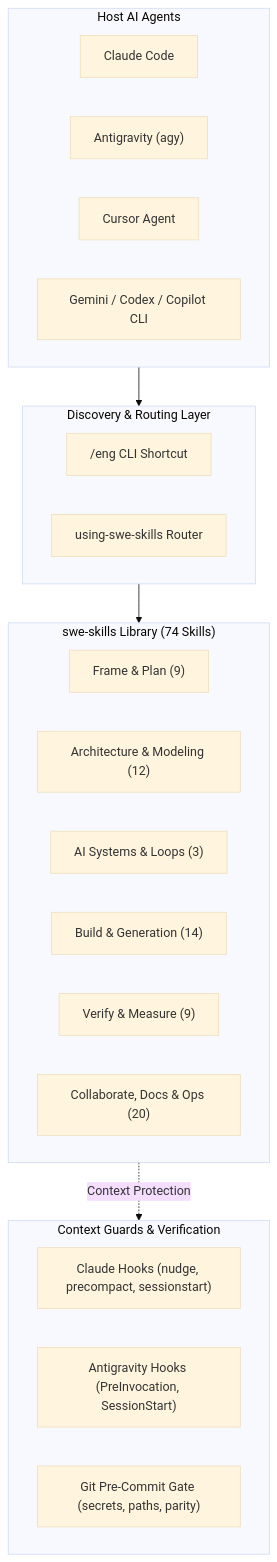
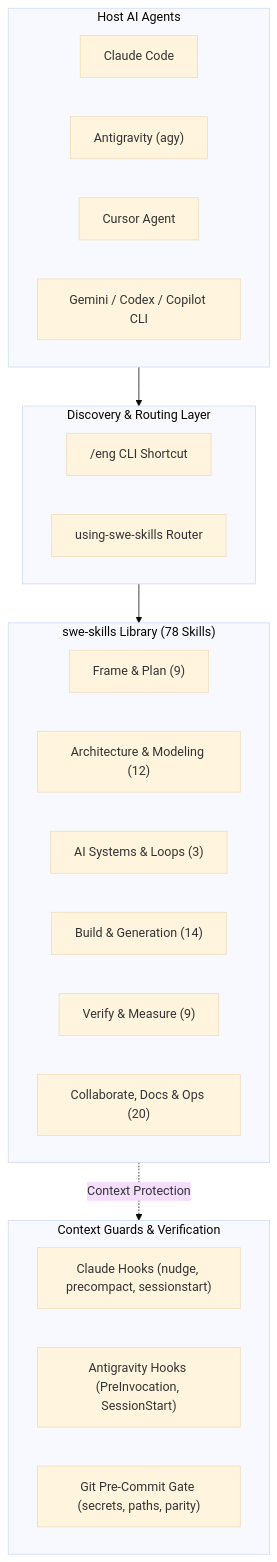
The diagram in docs/usermanual/README.md (bsommers/swe-skills-2), drawn with Mermaid (base theme) before and after one commit. The commit also changed 22 other files, not shown here.

````diff
--- a/docs/usermanual/README.md
+++ b/docs/usermanual/README.md
@@ -36,33 +36,33 @@
 ```mermaid
 flowchart TD
     subgraph AgentHosts["Host AI Agents"]
         Claude["Claude Code"]
         Agy["Antigravity (agy)"]
         Cursor["Cursor Agent"]
         Other["Gemini / Codex / Copilot CLI"]
     end
 
     subgraph RouterLayer["Discovery & Routing Layer"]
         Eng["/eng CLI Shortcut"]
         UsingSwe["using-swe-skills Router"]
     end
 
-    subgraph SkillSuite["swe-skills Library (74 Skills)"]
+    subgraph SkillSuite["swe-skills Library (78 Skills)"]
         Plan["Frame & Plan (9)"]
         Arch["Architecture & Modeling (12)"]
         AI["AI Systems & Loops (3)"]
         Build["Build & Generation (14)"]
         Verify["Verify & Measure (9)"]
         Ops["Collaborate, Docs & Ops (20)"]
     end
 
     subgraph RuntimeHooks["Context Guards & Verification"]
         ClaudeHooks["Claude Hooks (nudge, precompact, sessionstart)"]
         AgyHooks["Antigravity Hooks (PreInvocation, SessionStart)"]
         GitHooks["Git Pre-Commit Gate (secrets, paths, parity)"]
     end
 
     AgentHosts --> RouterLayer
     RouterLayer --> SkillSuite
     SkillSuite -. Context Protection .-> RuntimeHooks
 ```
````
